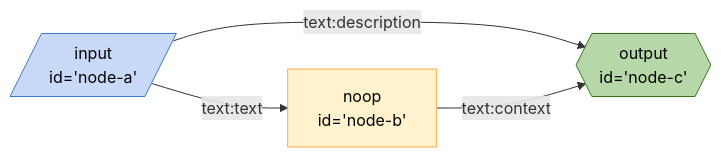
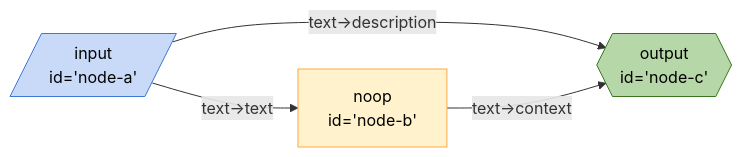
One commit to breadboard-ai/breadboard changed the fifth of 11 diagrams in seeds/graph-runner/docs/graphs/tests-data.md. Above: the diagram before and after it, drawn with Mermaid. The commit also changed other lines of this file and 12 other files, not shown here.

Commit message:
[graph-runner] Add a simple loop test.

````diff
--- a/seeds/graph-runner/docs/graphs/tests-data.md
+++ b/seeds/graph-runner/docs/graphs/tests-data.md
@@ -42,21 +72,15 @@
 ```mermaid
 %%{init: 'themeVariables': { 'fontFamily': 'Fira Code, monospace' }}%%
 graph LR;
-nodea[/"input
-id='node-a'"/]:::input -- text:description --> nodec{{"output
-id='node-c'"}}:::output
-nodea[/"input
-id='node-a'"/]:::input -- text:text --> nodeb["noop
-id='node-b'"]
-nodeb["noop
-id='node-b'"] -- text:context --> nodec{{"output
-id='node-c'"}}:::output
+nodea[/"input <br> id='node-a'"/]:::input -- "text->description" --> nodec{{"output <br> id='node-c'"}}:::output
+nodea[/"input <br> id='node-a'"/]:::input -- "text->text" --> nodeb["noop <br> id='node-b'"]
+nodeb["noop <br> id='node-b'"] -- "text->context" --> nodec{{"output <br> id='node-c'"}}:::output
 classDef default stroke:#ffab40,fill:#fff2ccff,color:#000
 classDef input stroke:#3c78d8,fill:#c9daf8ff,color:#000
 classDef output stroke:#38761d,fill:#b6d7a8ff,color:#000
 classDef passthrough stroke:#a64d79,fill:#ead1dcff,color:#000
 classDef slot stroke:#a64d79,fill:#ead1dcff,color:#000
 classDef config stroke:#a64d79,fill:#ead1dcff,color:#000
 classDef secrets stroke:#db4437,fill:#f4cccc,color:#000
 classDef slotted stroke:#a64d79
 ```
````
